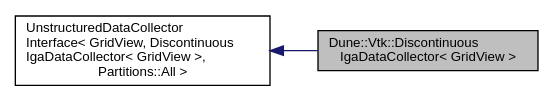
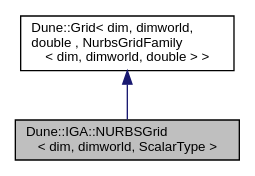
One commit to rath3t/dune-iga-doc changed the diagram in dc/dee/a01166.dot. Above: the diagram before and after it, drawn with Graphviz. The commit also changed 946 other files, not shown here.

Commit message:
deploy: rath3t/dune-iga@1129f046371dfd55370a9dcff02a6aba99e36e4c

```diff
--- a/dc/dee/a01166.dot
+++ b/dc/dee/a01166.dot
@@ -1,10 +1,9 @@
-digraph "Dune::Vtk::DiscontinuousIgaDataCollector&lt; GridView &gt;"
+digraph "Dune::IGA::NURBSGrid&lt; dim, dimworld, ScalarType &gt;"
 {
  // LATEX_PDF_SIZE
   edge [fontname="Helvetica",fontsize="10",labelfontname="Helvetica",labelfontsize="10"];
   node [fontname="Helvetica",fontsize="10",shape=record];
-  rankdir="LR";
-  Node1 [label="Dune::Vtk::Discontinuous\lIgaDataCollector\< GridView \>",height=0.2,width=0.4,color="black", fillcolor="grey75", style="filled", fontcolor="black",tooltip="Implementation of Discontinuous DataCollector for Iga cells with or without trimming information."];
+  Node1 [label="Dune::IGA::NURBSGrid\l\< dim, dimworld, ScalarType \>",height=0.2,width=0.4,color="black", fillcolor="grey75", style="filled", fontcolor="black",tooltip="[ provides Dune::Grid ]"];
   Node2 -> Node1 [dir="back",color="midnightblue",fontsize="10",style="solid",fontname="Helvetica"];
-  Node2 [label="UnstructuredDataCollector\lInterface\< GridView, Discontinuous\lIgaDataCollector\< GridView \>,\l Partitions::All \>",height=0.2,width=0.4,color="black", fillcolor="white", style="filled",tooltip=" "];
+  Node2 [label="Dune::Grid\< dim, dimworld,\l double , NurbsGridFamily\l\< dim, dimworld, double  \> \>",height=0.2,width=0.4,color="black", fillcolor="white", style="filled",tooltip=" "];
 }
```
